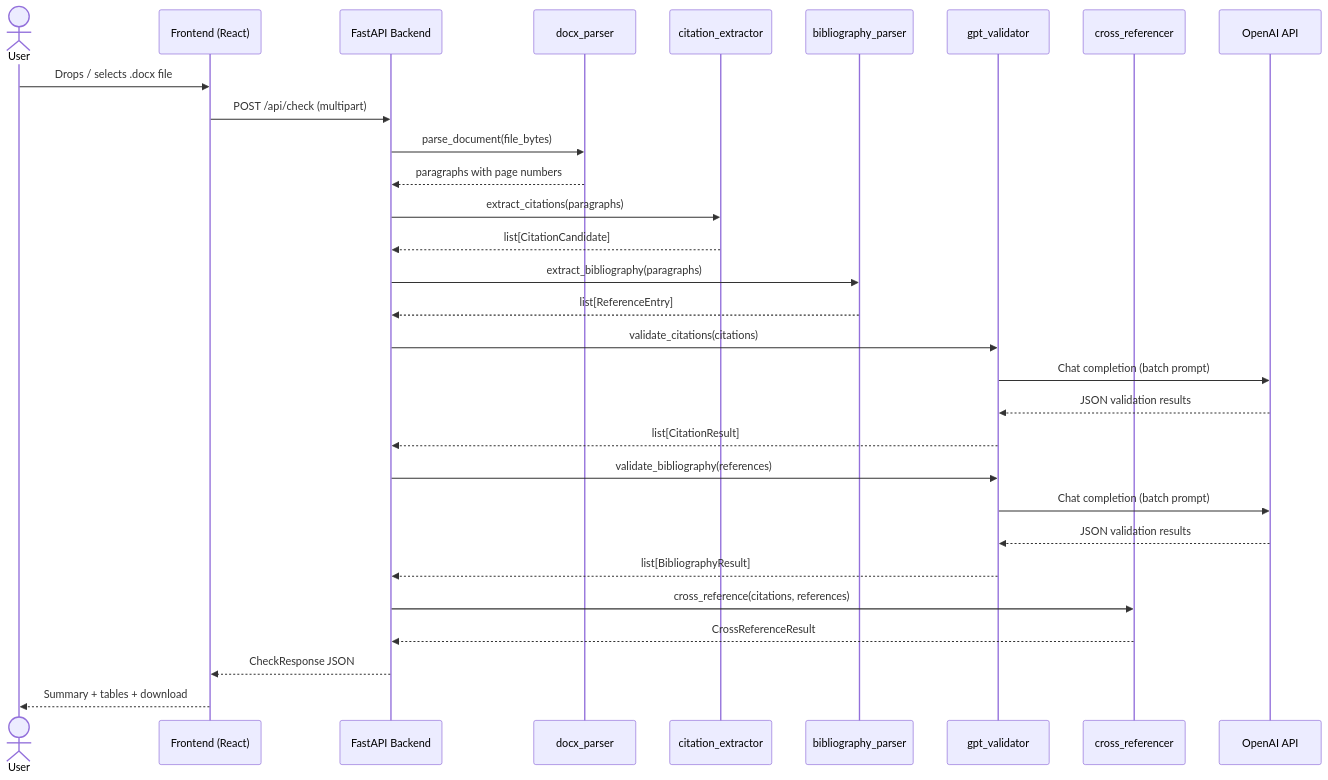
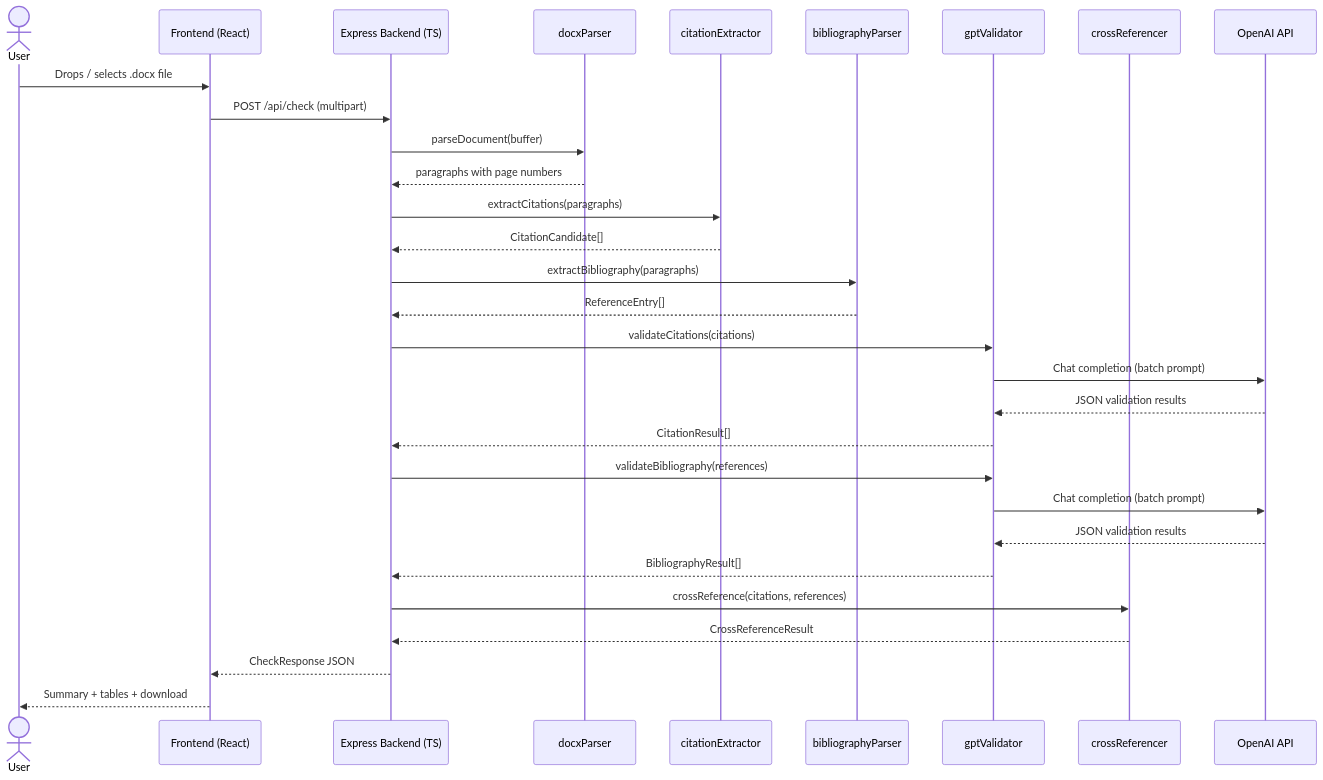
Before and after one commit to liftyourgame/apa7checker: the second of 7 diagrams in SYSTEM_ARCHITECTURE.md, drawn with Mermaid. The commit also changed other lines of this file and 2 other files, not shown here.

First line of the commit message:
Switch to TypeScript stack and enforce page numbers on all citations

````diff
--- a/SYSTEM_ARCHITECTURE.md
+++ b/SYSTEM_ARCHITECTURE.md
@@ -44,39 +44,39 @@
 ```mermaid
 sequenceDiagram
     actor User
     participant FE as Frontend (React)
-    participant BE as FastAPI Backend
-    participant DP as docx_parser
-    participant CE as citation_extractor
-    participant BP as bibliography_parser
-    participant GV as gpt_validator
-    participant CR as cross_referencer
+    participant BE as Express Backend (TS)
+    participant DP as docxParser
+    participant CE as citationExtractor
+    participant BP as bibliographyParser
+    participant GV as gptValidator
+    participant CR as crossReferencer
     participant OA as OpenAI API
 
     User->>FE: Drops / selects .docx file
     FE->>BE: POST /api/check (multipart)
-    BE->>DP: parse_document(file_bytes)
+    BE->>DP: parseDocument(buffer)
     DP-->>BE: paragraphs with page numbers
 
-    BE->>CE: extract_citations(paragraphs)
-    CE-->>BE: list[CitationCandidate]
+    BE->>CE: extractCitations(paragraphs)
+    CE-->>BE: CitationCandidate[]
 
-    BE->>BP: extract_bibliography(paragraphs)
-    BP-->>BE: list[ReferenceEntry]
+    BE->>BP: extractBibliography(paragraphs)
+    BP-->>BE: ReferenceEntry[]
 
-    BE->>GV: validate_citations(citations)
+    BE->>GV: validateCitations(citations)
     GV->>OA: Chat completion (batch prompt)
     OA-->>GV: JSON validation results
-    GV-->>BE: list[CitationResult]
+    GV-->>BE: CitationResult[]
 
-    BE->>GV: validate_bibliography(references)
+    BE->>GV: validateBibliography(references)
     GV->>OA: Chat completion (batch prompt)
     OA-->>GV: JSON validation results
-    GV-->>BE: list[BibliographyResult]
+    GV-->>BE: BibliographyResult[]
 
-    BE->>CR: cross_reference(citations, references)
+    BE->>CR: crossReference(citations, references)
     CR-->>BE: CrossReferenceResult
 
     BE-->>FE: CheckResponse JSON
     FE-->>User: Summary + tables + download
 ```
````
